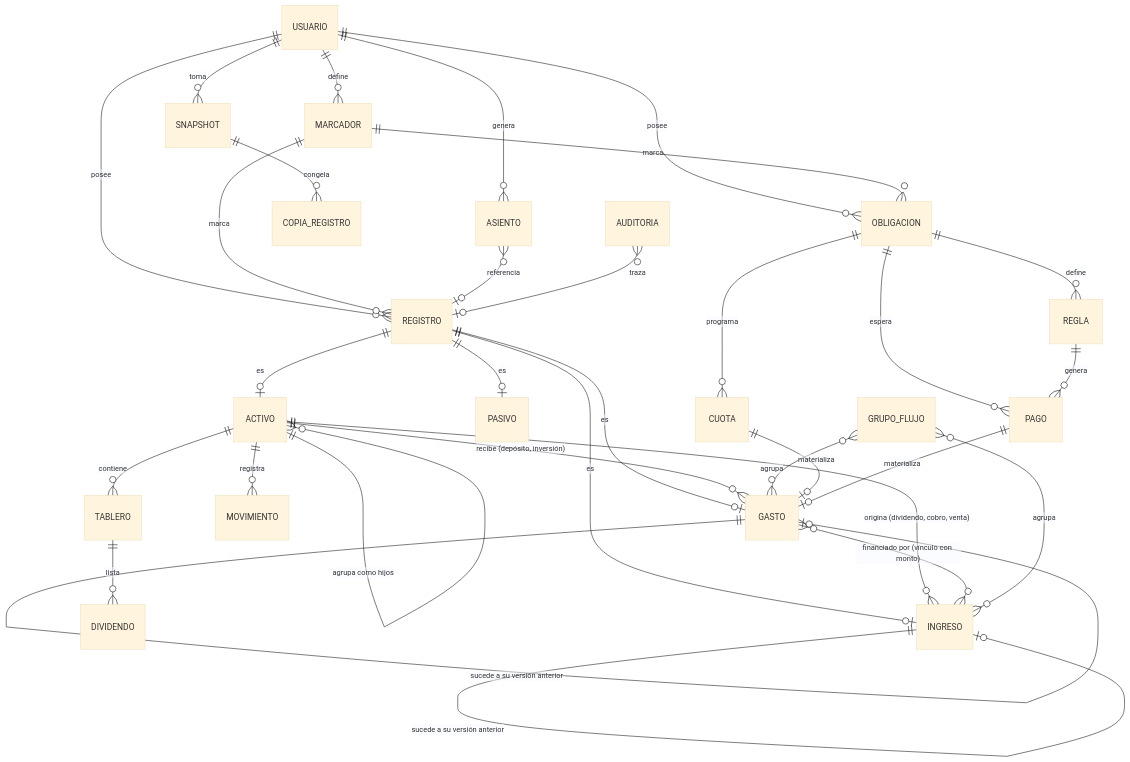
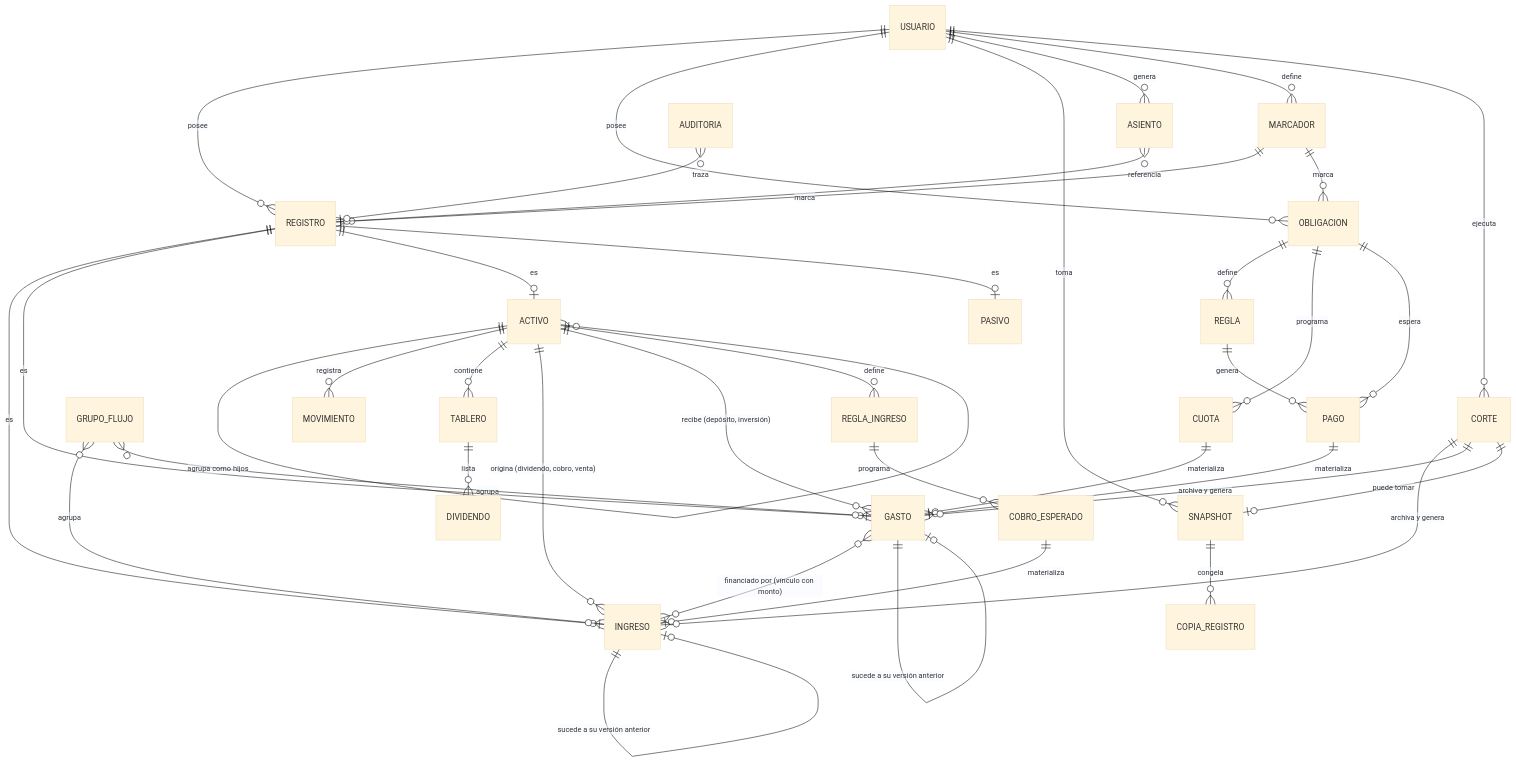
Before and after one commit to AbelAngelOk/DashboardCashFlow: the second of 18 diagrams in docs/10-Producto.md, drawn with Mermaid (base theme). The commit also changed other lines of this file and 49 other files, not shown here.

````diff
--- a/docs/10-Producto.md
+++ b/docs/10-Producto.md
@@ -155,43 +159,52 @@
 ```mermaid
 erDiagram
     USUARIO ||--o{ REGISTRO : "posee"
     USUARIO ||--o{ OBLIGACION : "posee"
     USUARIO ||--o{ SNAPSHOT : "toma"
     USUARIO ||--o{ ASIENTO : "genera"
     USUARIO ||--o{ MARCADOR : "define"
 
     REGISTRO ||--o| INGRESO : "es"
     REGISTRO ||--o| GASTO : "es"
     REGISTRO ||--o| ACTIVO : "es"
     REGISTRO ||--o| PASIVO : "es"
 
     ACTIVO ||--o{ ACTIVO : "agrupa como hijos"
     ACTIVO ||--o{ MOVIMIENTO : "registra"
     ACTIVO ||--o{ TABLERO : "contiene"
     TABLERO ||--o{ DIVIDENDO : "lista"
 
     ACTIVO ||--o{ INGRESO : "origina (dividendo, cobro, venta)"
     ACTIVO ||--o{ GASTO : "recibe (depósito, inversión)"
 
     GASTO }o--o{ INGRESO : "financiado por (vínculo con monto)"
 
     INGRESO ||--o| INGRESO : "sucede a su versión anterior"
     GASTO ||--o| GASTO : "sucede a su versión anterior"
 
     GRUPO_FLUJO }o--o{ INGRESO : "agrupa"
     GRUPO_FLUJO }o--o{ GASTO : "agrupa"
 
+    ACTIVO ||--o{ REGLA_INGRESO : "define"
+    REGLA_INGRESO ||--o{ COBRO_ESPERADO : "programa"
+    COBRO_ESPERADO ||--o| INGRESO : "materializa"
+
     OBLIGACION ||--o{ REGLA : "define"
     OBLIGACION ||--o{ CUOTA : "programa"
     OBLIGACION ||--o{ PAGO : "espera"
     REGLA ||--o{ PAGO : "genera"
     CUOTA ||--o| GASTO : "materializa"
     PAGO ||--o| GASTO : "materializa"
 
     MARCADOR ||--o{ REGISTRO : "marca"
     MARCADOR ||--o{ OBLIGACION : "marca"
 
     SNAPSHOT ||--o{ COPIA_REGISTRO : "congela"
     ASIENTO }o--o| REGISTRO : "referencia"
     AUDITORIA }o--o| REGISTRO : "traza"
+
+    USUARIO ||--o{ CORTE : "ejecuta"
+    CORTE ||--o{ INGRESO : "archiva y genera"
+    CORTE ||--o{ GASTO : "archiva y genera"
+    CORTE ||--o| SNAPSHOT : "puede tomar"
 ```
````
